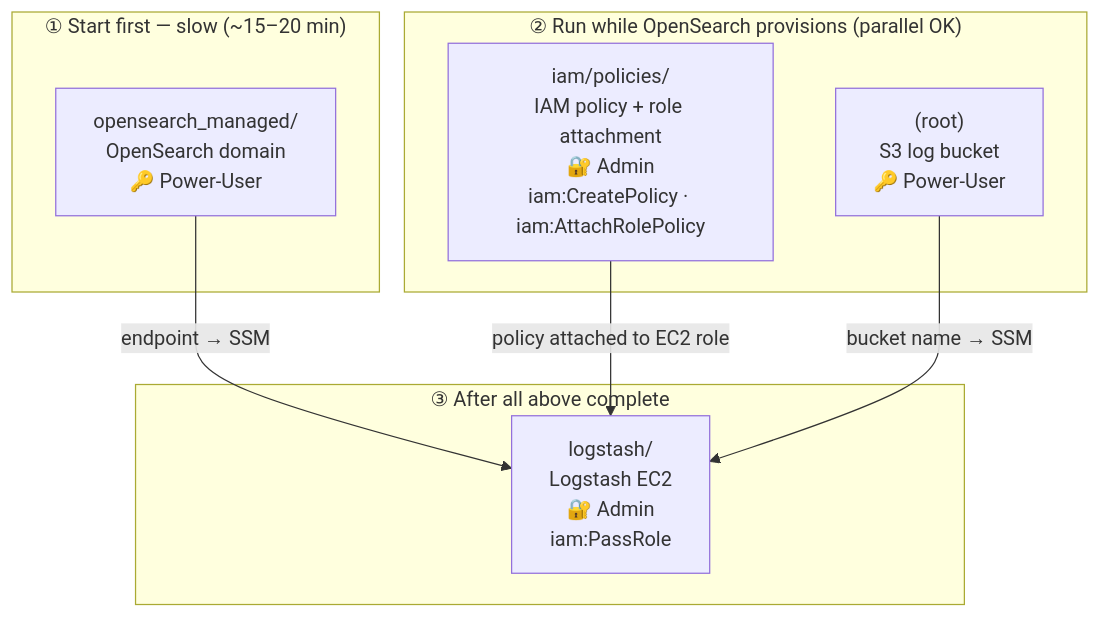
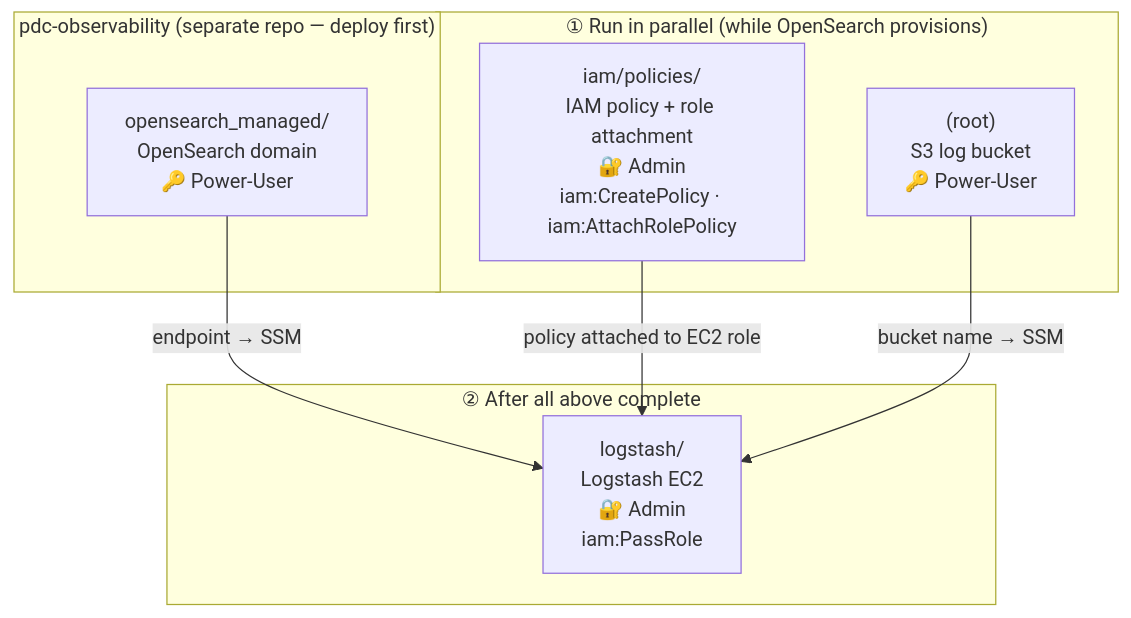
The diagram in terraform/README.md (NASA-PDS/web-analytics), drawn with Mermaid before and after one commit. The commit also changed other lines of this file and 11 other files, not shown here.

First line of the commit message:
move opensearch_managed to pdc-observability repo

````diff
--- a/terraform/README.md
+++ b/terraform/README.md
@@ -25,19 +24,19 @@
 ```mermaid
 flowchart TD
-    subgraph phase1["① Start first — slow (~15–20 min)"]
+    subgraph ext["pdc-observability (separate repo — deploy first)"]
         OS["opensearch_managed/\nOpenSearch domain\n🔑 Power-User"]
     end
 
-    subgraph phase2["② Run while OpenSearch provisions (parallel OK)"]
+    subgraph phase1["① Run in parallel (while OpenSearch provisions)"]
         IAM["iam/policies/\nIAM policy + role attachment\n🔐 Admin\niam:CreatePolicy · iam:AttachRolePolicy"]
         S3["(root)\nS3 log bucket\n🔑 Power-User"]
     end
 
-    subgraph phase3["③ After all above complete"]
+    subgraph phase2["② After all above complete"]
         LS["logstash/\nLogstash EC2\n🔐 Admin\niam:PassRole"]
     end
 
     OS -->|"endpoint → SSM"| LS
     IAM -->|"policy attached to EC2 role"| LS
     S3 -->|"bucket name → SSM"| LS
 ```
````
